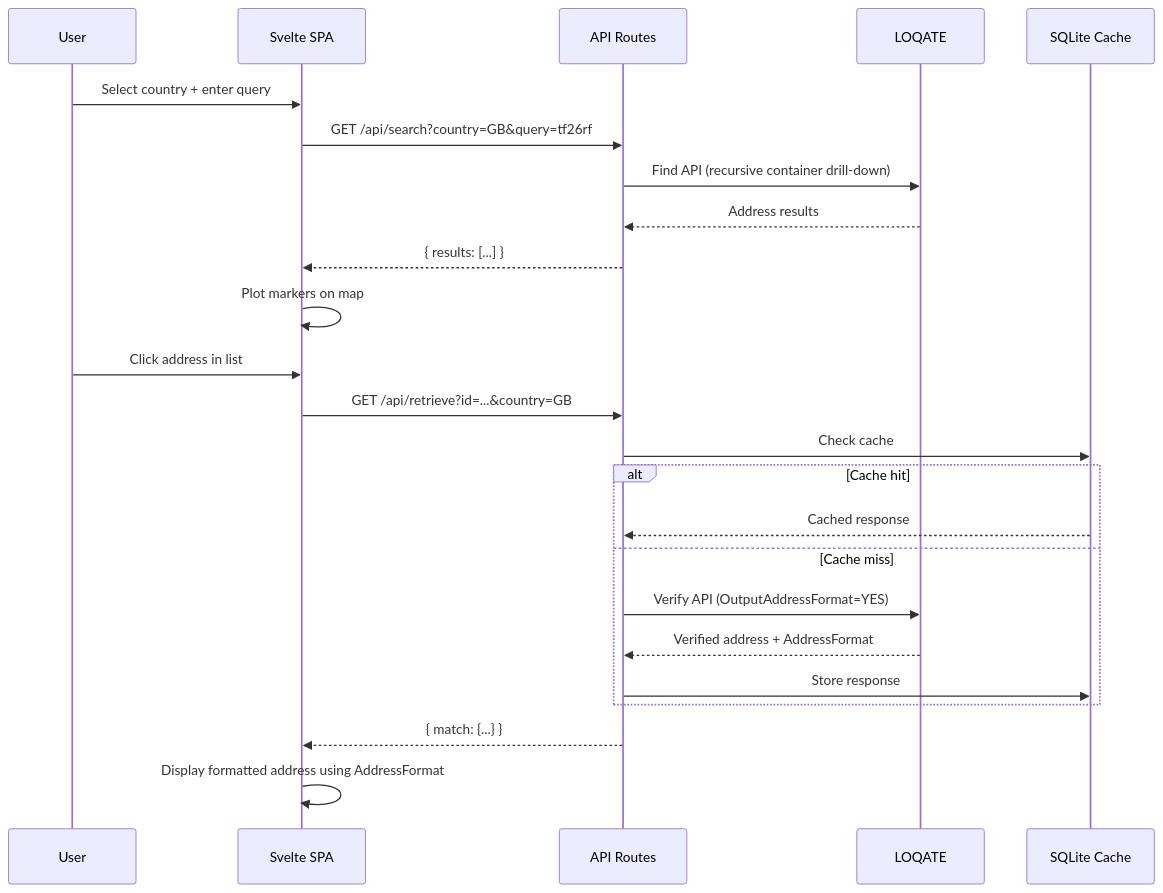
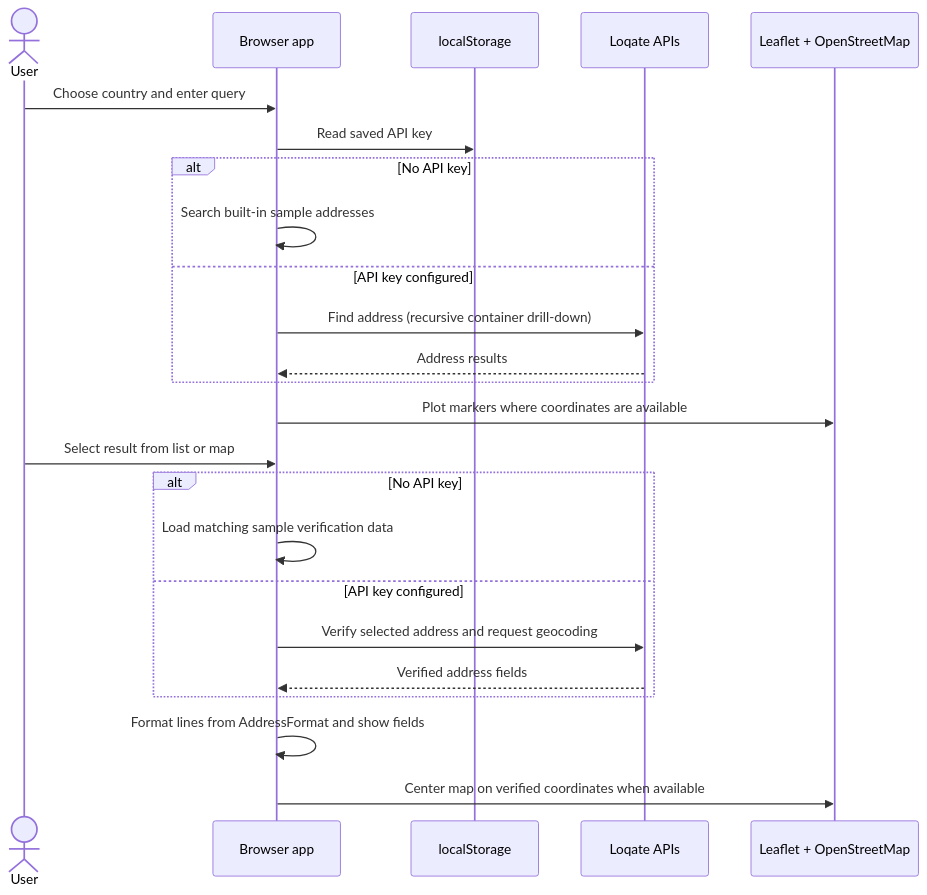
Before and after one commit to newportg/POC-Documentation: the second of 2 diagrams in POC-Documentation-Vault/projects/Address/Poc-Design.md, drawn with Mermaid. The commit also changed other lines of this file and 1 other file, not shown here.

Commit message:
Document current Address POC architecture

````diff
--- a/POC-Documentation-Vault/projects/Address/Poc-Design.md
+++ b/POC-Documentation-Vault/projects/Address/Poc-Design.md
@@ -78,28 +36,27 @@
 ```mermaid
 sequenceDiagram
-    participant U as User
-    participant UI as Svelte SPA
-    participant API as API Routes
-    participant L as LOQATE
-    participant DB as SQLite Cache
+    actor User
+    participant App as Browser app
+    participant Store as localStorage
+    participant Loqate as Loqate APIs
+    participant Map as Leaflet + OpenStreetMap
 
-    U->>UI: Select country + enter query
-    UI->>API: GET /api/search?country=GB&query=tf26rf
-    API->>L: Find API (recursive container drill-down)
-    L-->>API: Address results
-    API-->>UI: { results: [...] }
-    UI->>UI: Plot markers on map
-
-    U->>UI: Click address in list
-    UI->>API: GET /api/retrieve?id=...&country=GB
-    API->>DB: Check cache
-    alt Cache hit
-        DB-->>API: Cached response
-    else Cache miss
-        API->>L: Verify API (OutputAddressFormat=YES)
-        L-->>API: Verified address + AddressFormat
-        API->>DB: Store response
+    User->>App: Choose country and enter query
+    App->>Store: Read saved API key
+    alt No API key
+        App->>App: Search built-in sample addresses
+    else API key configured
+        App->>Loqate: Find address (recursive container drill-down)
+        Loqate-->>App: Address results
     end
-    API-->>UI: { match: {...} }
-    UI->>UI: Display formatted address using AddressFormat
+    App->>Map: Plot markers where coordinates are available
+    User->>App: Select result from list or map
+    alt No API key
+        App->>App: Load matching sample verification data
+    else API key configured
+        App->>Loqate: Verify selected address and request geocoding
+        Loqate-->>App: Verified address fields
+    end
+    App->>App: Format lines from AddressFormat and show fields
+    App->>Map: Center map on verified coordinates when available
 ```
````
